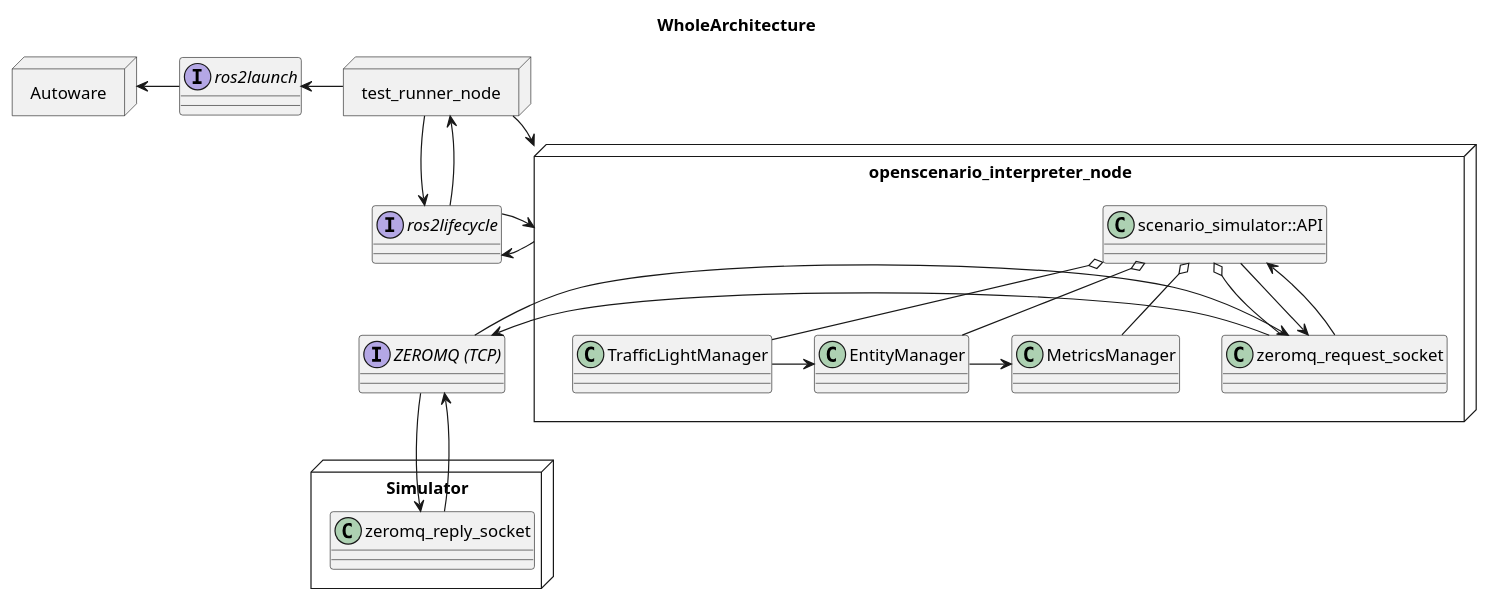
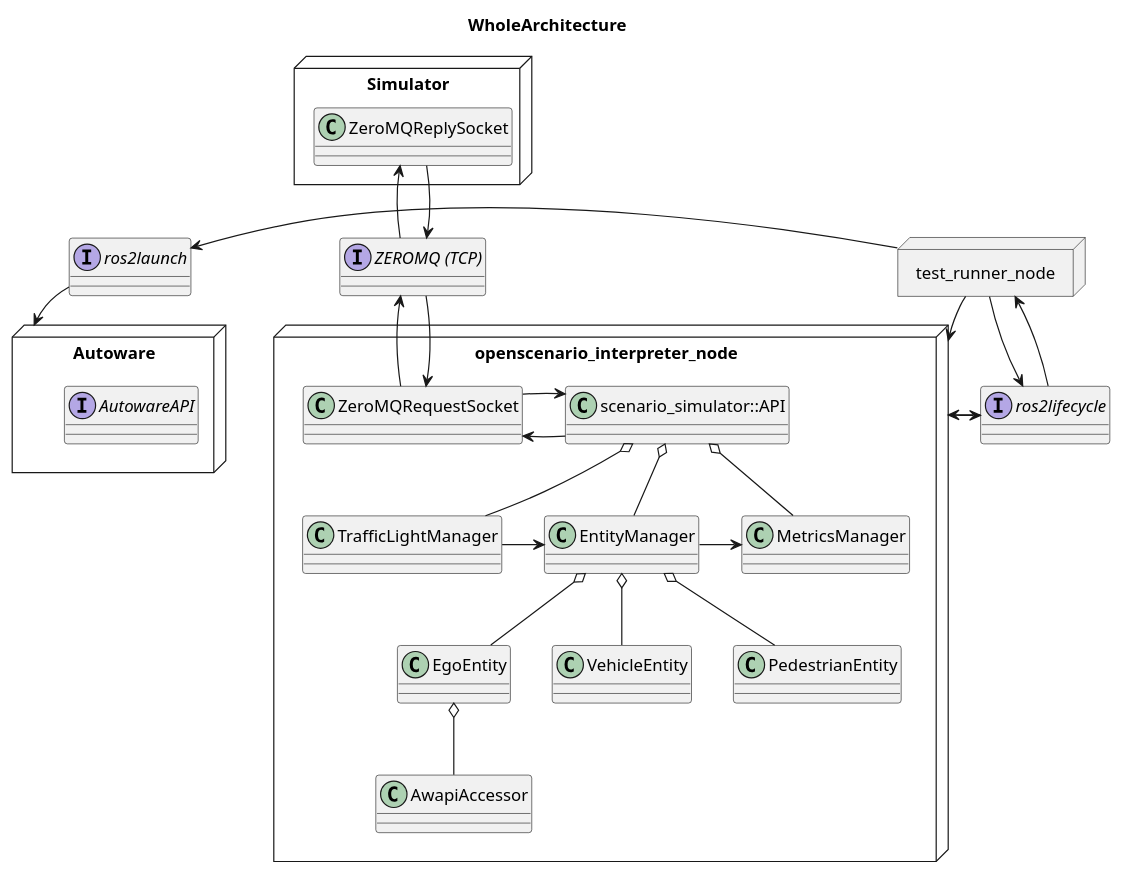
The diagram in docs/design/uml/whole_architecture.pu (tier4/scenario_simulator_v2), drawn with PlantUML before and after one commit.

Commit message:
AwapiAccessor

```diff
--- a/docs/design/uml/whole_architecture.pu
+++ b/docs/design/uml/whole_architecture.pu
@@ -1,54 +1,62 @@
 @startuml
 allow_mixing
 title WholeArchitecture
 
 interface ros2lifecycle
 
 Node openscenario_interpreter_node {
   class EntityManager
   class TrafficLightManager
   class MetricsManager
   class scenario_simulator::API
-  class zeromq_request_socket
+  class ZeroMQRequestSocket
   scenario_simulator::API o-- EntityManager
   scenario_simulator::API o-- TrafficLightManager
   scenario_simulator::API o-- MetricsManager
-  scenario_simulator::API o-- zeromq_request_socket
   TrafficLightManager -right-> EntityManager
   EntityManager -right-> MetricsManager
+  class EgoEntity
+  class VehicleEntity
+  class PedestrianEntity
+  EntityManager o-- EgoEntity
+  EntityManager o-- VehicleEntity
+  EntityManager o-- PedestrianEntity
+  class AwapiAccessor
+  EgoEntity o-- AwapiAccessor
 }
 
 openscenario_interpreter_node -up-> ros2lifecycle
 
 ros2lifecycle -right-> openscenario_interpreter_node
 
 Node test_runner_node {
 }
 
 test_runner_node -down-> openscenario_interpreter_node
 test_runner_node -down-> ros2lifecycle
 ros2lifecycle -up-> test_runner_node
 
 Node Autoware {
+  Interface AutowareAPI
 }
 
 interface ros2launch
 
 test_runner_node --left-> ros2launch
-ros2launch -left-> Autoware
+ros2launch -down-> Autoware
 
 interface "ZEROMQ (TCP)"
 
-scenario_simulator::API -down-> zeromq_request_socket
-zeromq_request_socket -up-> scenario_simulator::API
-zeromq_request_socket -left-> "ZEROMQ (TCP)"
-"ZEROMQ (TCP)" -right-> zeromq_request_socket
+scenario_simulator::API -left-> ZeroMQRequestSocket
+ZeroMQRequestSocket -right-> scenario_simulator::API
+ZeroMQRequestSocket -up-> "ZEROMQ (TCP)"
+"ZEROMQ (TCP)" -down-> ZeroMQRequestSocket
 
 Node Simulator {
-  class zeromq_reply_socket
+  class ZeroMQReplySocket
 }
 
-"ZEROMQ (TCP)" -down-> zeromq_reply_socket
-zeromq_reply_socket -up-> "ZEROMQ (TCP)"
+"ZEROMQ (TCP)" -up-> ZeroMQReplySocket
+ZeroMQReplySocket -down-> "ZEROMQ (TCP)"
 
 @enduml
```
